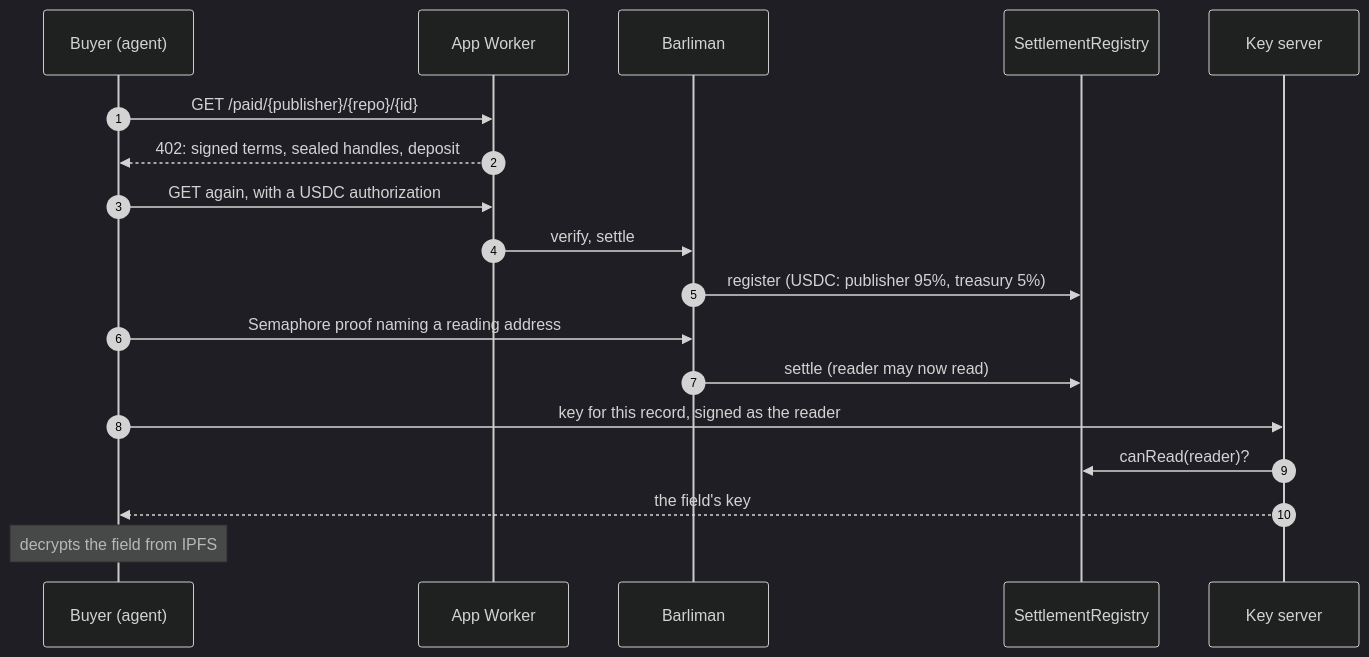
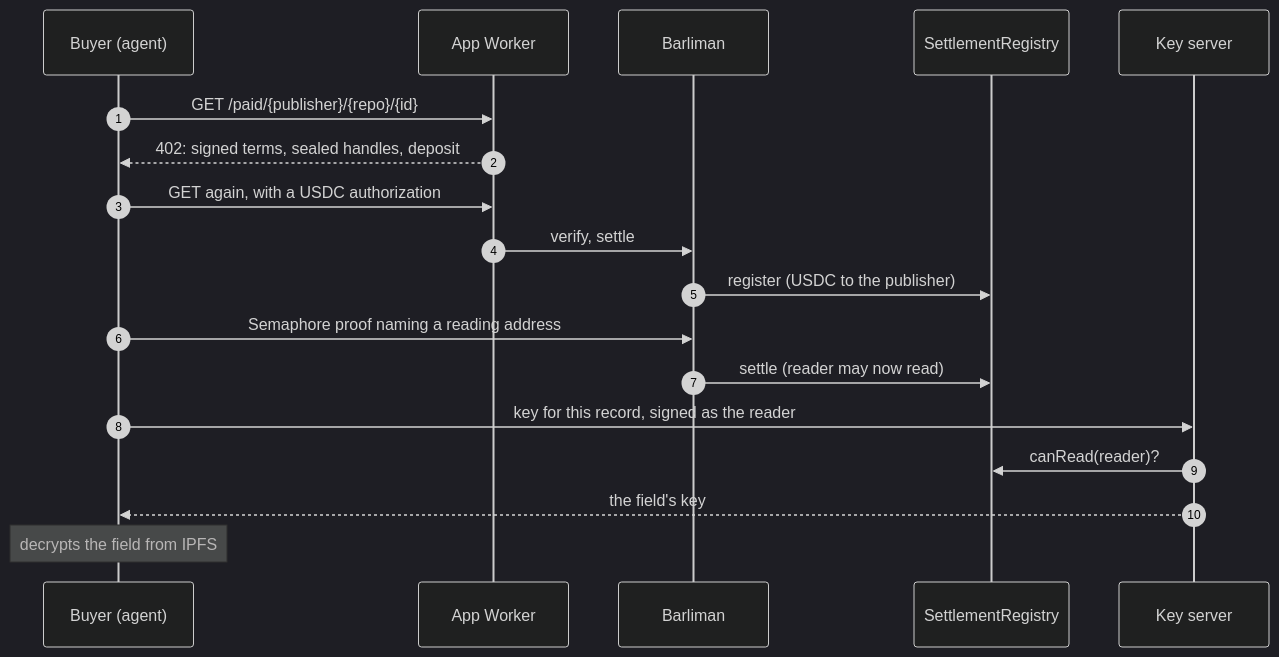
One commit to fangorn-network/websites changed the second of 2 diagrams in docs.fangorn.network/docs/how-it-works.mdx. Above: the diagram before and after it, drawn with Mermaid (dark theme). The commit also changed 20 other files, not shown here.

````diff
--- a/docs.fangorn.network/docs/how-it-works.mdx
+++ b/docs.fangorn.network/docs/how-it-works.mdx
@@ -85,21 +85,21 @@
 ```mermaid
 sequenceDiagram
   autonumber
   participant B as Buyer (agent)
   participant A as App Worker
   participant F as Barliman
   participant S as SettlementRegistry
   participant K as Key server
 
   B->>A: GET /paid/{publisher}/{repo}/{id}
   A-->>B: 402: signed terms, sealed handles, deposit
   B->>A: GET again, with a USDC authorization
   A->>F: verify, settle
-  F->>S: register (USDC: publisher 95%, treasury 5%)
+  F->>S: register (USDC to the publisher)
   B->>F: Semaphore proof naming a reading address
   F->>S: settle (reader may now read)
   B->>K: key for this record, signed as the reader
   K->>S: canRead(reader)?
   K-->>B: the field's key
   Note over B: decrypts the field from IPFS
 ```
````
